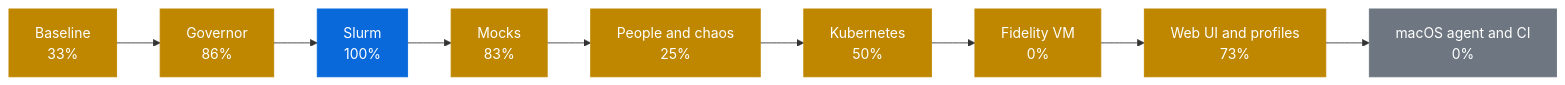
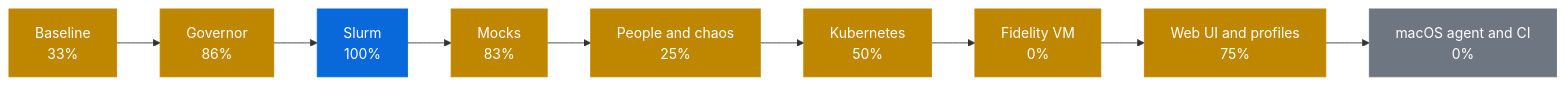
Before and after one commit to AhmedYousriSobhi/workbench: the first of 2 diagrams in docs/PROGRESS.md, drawn with Mermaid. The commit also changed other lines of this file and 7 other files, not shown here.

First line of the commit message:
feat(webui): declared graph model for the Infrastructure architecture (#312)

````diff
--- a/docs/PROGRESS.md
+++ b/docs/PROGRESS.md
@@ -10,17 +10,17 @@
 ```mermaid
 flowchart LR
     p0["Baseline<br/>33%"]:::partial
     p1["Governor<br/>86%"]:::partial
     p2["Slurm<br/>100%"]:::review
     p3["Mocks<br/>83%"]:::partial
     p4["People and chaos<br/>25%"]:::partial
     p5["Kubernetes<br/>50%"]:::partial
     p6["Fidelity VM<br/>0%"]:::partial
-    p7["Web UI and profiles<br/>73%"]:::partial
+    p7["Web UI and profiles<br/>75%"]:::partial
     p8["macOS agent and CI<br/>0%"]:::todo
     p0 --> p1 --> p2 --> p3 --> p4 --> p5 --> p6 --> p7 --> p8
     classDef done fill:#1a7f37,stroke:#1a7f37,color:#fff
     classDef review fill:#0969da,stroke:#0969da,color:#fff
     classDef partial fill:#bf8700,stroke:#bf8700,color:#fff
     classDef todo fill:#6e7781,stroke:#6e7781,color:#fff
 ```
````
